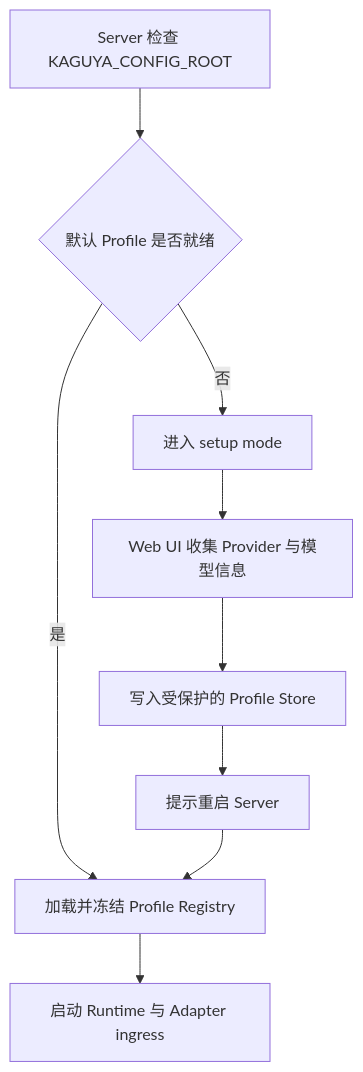
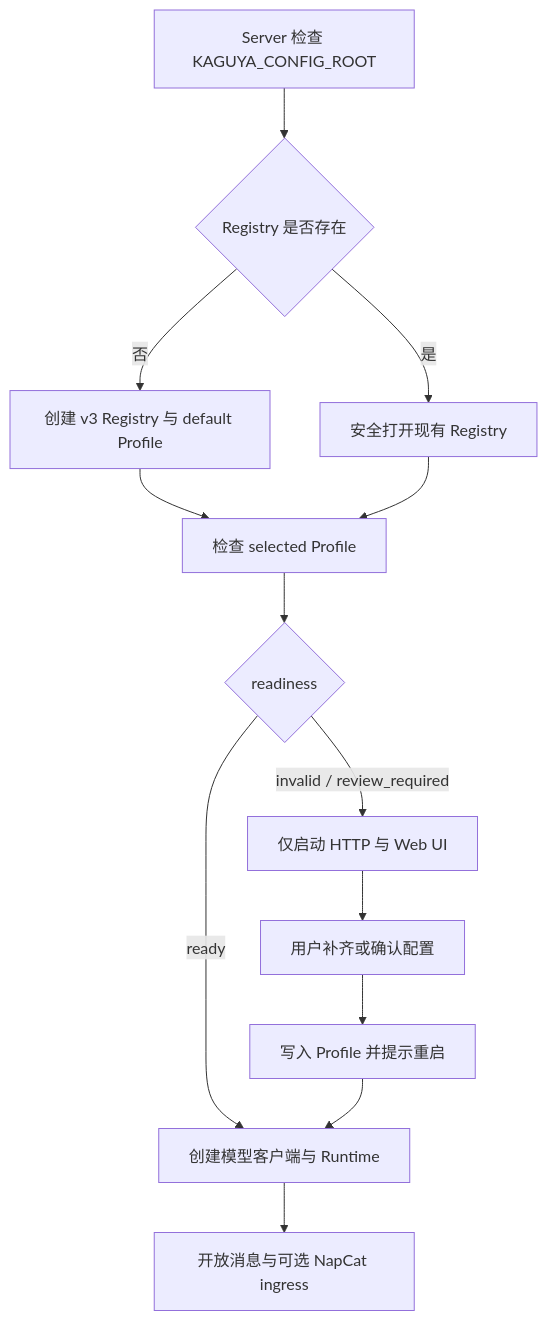
One commit to posanbu/Kaguya changed the diagram in docs/guide/configuration.md. Above: the diagram before and after it, drawn with Mermaid. The commit also changed other lines of this file and 18 other files, not shown here.

Commit message:
docs: fill out design user and architecture guides

````diff
--- a/docs/guide/configuration.md
+++ b/docs/guide/configuration.md
@@ -12,11 +12,15 @@
 ```mermaid
 flowchart TD
-  A[Server 检查 KAGUYA_CONFIG_ROOT] --> B{默认 Profile 是否就绪}
-  B -- 是 --> C[加载并冻结 Profile Registry]
-  C --> D[启动 Runtime 与 Adapter ingress]
-  B -- 否 --> E[进入 setup mode]
-  E --> F[Web UI 收集 Provider 与模型信息]
-  F --> G[写入受保护的 Profile Store]
-  G --> H[提示重启 Server]
-  H --> C
+  A[Server 检查 KAGUYA_CONFIG_ROOT] --> B{Registry 是否存在}
+  B -- 否 --> C[创建 v3 Registry 与 default Profile]
+  B -- 是 --> D[安全打开现有 Registry]
+  C --> E[检查 selected Profile]
+  D --> E
+  E --> F{readiness}
+  F -- invalid / review_required --> G[仅启动 HTTP 与 Web UI]
+  G --> H[用户补齐或确认配置]
+  H --> I[写入 Profile 并提示重启]
+  F -- ready --> J[创建模型客户端与 Runtime]
+  I --> J
+  J --> K[开放消息与可选 NapCat ingress]
 ```
````
